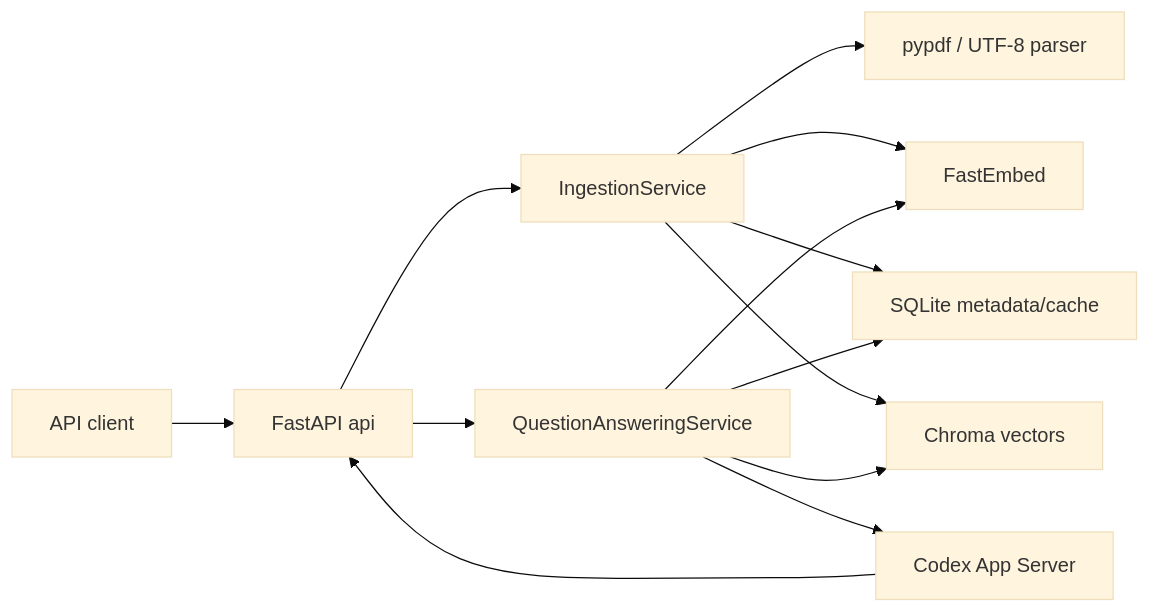
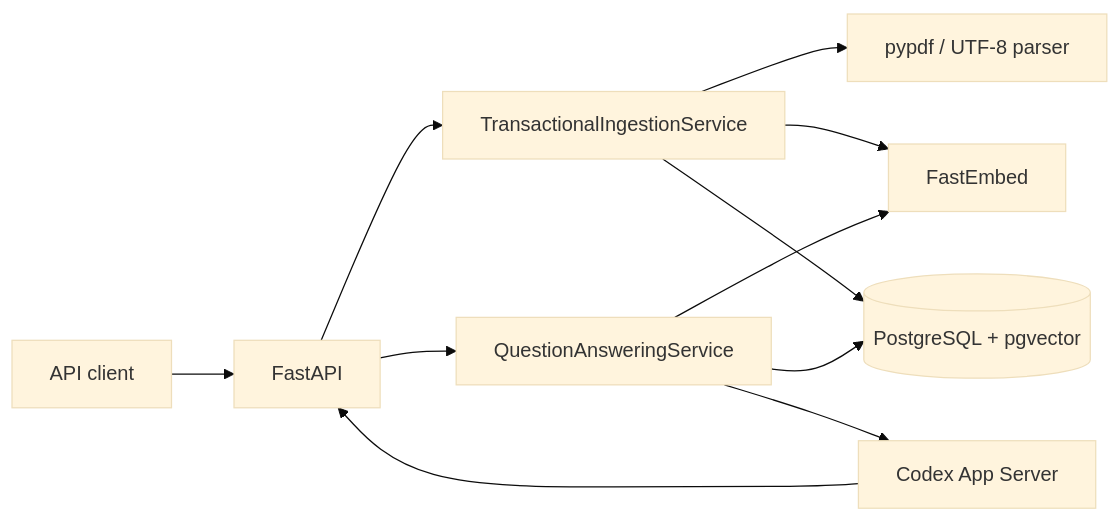
One commit to procloudkim/2026-OfficeAgent changed the diagram in ARCHITECTURE.md. Above: the diagram before and after it, drawn with Mermaid (base theme). The commit also changed other lines of this file and 28 other files, not shown here.

````diff
--- a/ARCHITECTURE.md
+++ b/ARCHITECTURE.md
@@ -10,15 +27,13 @@
 ```mermaid
 flowchart LR
-    C["API client"] --> A["FastAPI api"]
-    A --> I["IngestionService"]
-    A --> Q["QuestionAnsweringService"]
+    C["API client"] --> A["FastAPI"]
+    A --> I["TransactionalIngestionService"]
     I --> P["pypdf / UTF-8 parser"]
     I --> E["FastEmbed"]
-    I --> S["SQLite metadata/cache"]
-    I --> V["Chroma vectors"]
+    I --> D[("PostgreSQL + pgvector")]
+    A --> Q["QuestionAnsweringService"]
     Q --> E
-    Q --> S
-    Q --> V
+    Q --> D
     Q --> L["Codex App Server"]
     L --> A
 ```
````
